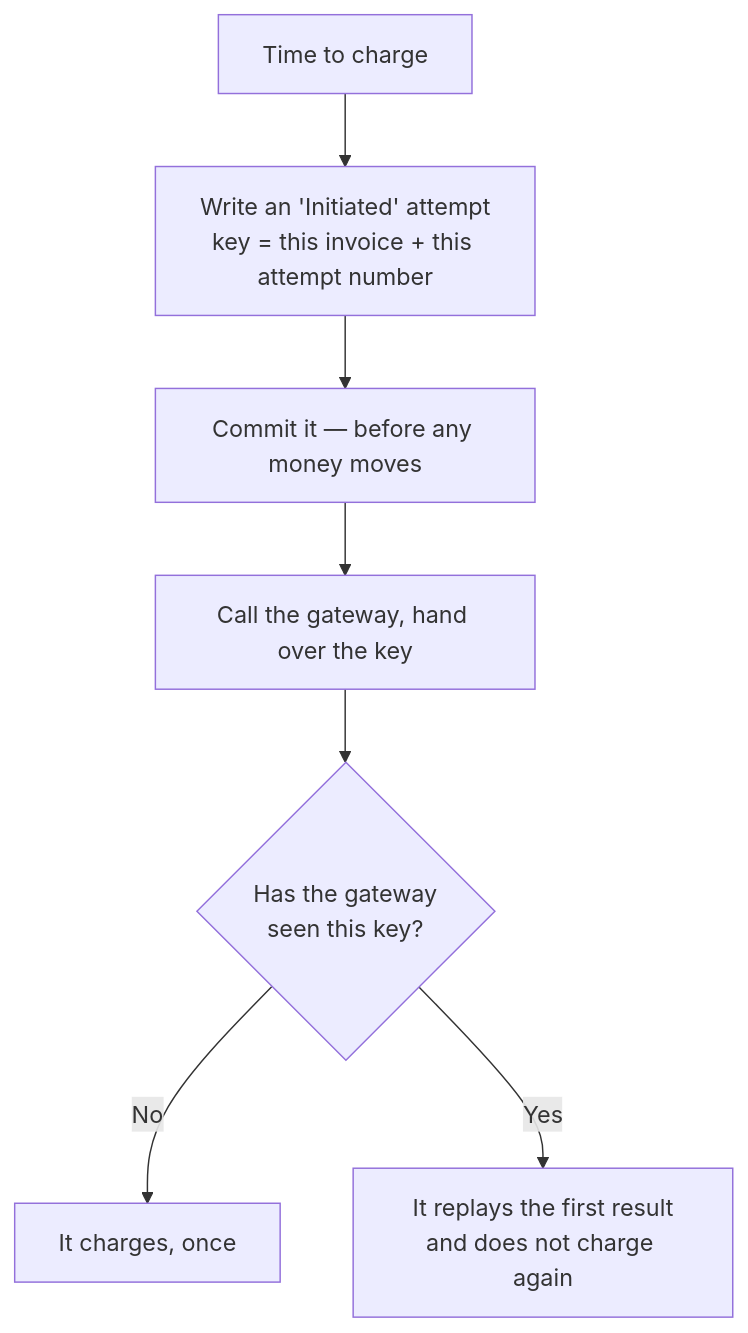
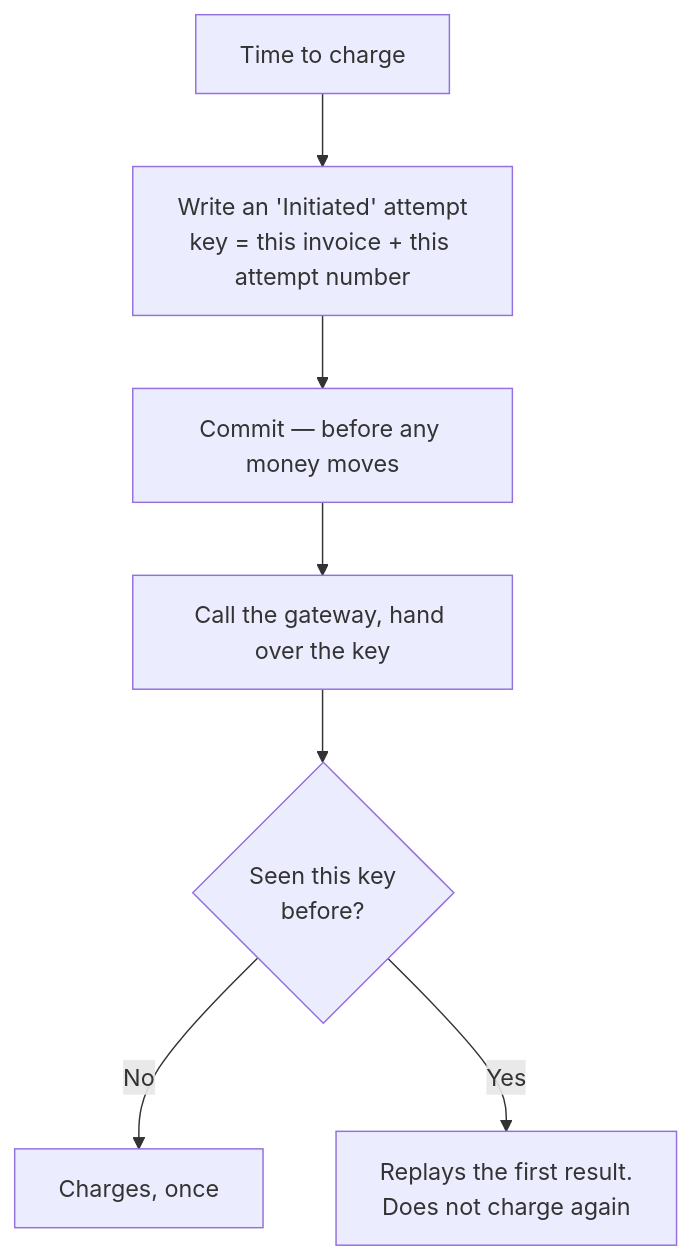
The fourth of 11 diagrams in billing-improvements-explained.md (saurabh6790/v2-billing-specs), drawn with Mermaid before and after one commit. The commit also changed other lines of this file, not shown here.

Commit message:
blog: tighter, more diagrams, our own voice

````diff
--- a/billing-improvements-explained.md
+++ b/billing-improvements-explained.md
@@ -99,9 +101,9 @@
 ```mermaid
 flowchart TD
     A["Time to charge"] --> B["Write an 'Initiated' attempt<br/>key = this invoice + this attempt number"]
-    B --> C["Commit it — before any money moves"]
+    B --> C["Commit — before any money moves"]
     C --> D["Call the gateway, hand over the key"]
-    D --> E{"Has the gateway<br/>seen this key?"}
-    E -->|"No"| F["It charges, once"]
-    E -->|"Yes"| G["It replays the first result<br/>and does not charge again"]
+    D --> E{"Seen this key<br/>before?"}
+    E -->|"No"| F["Charges, once"]
+    E -->|"Yes"| G["Replays the first result.<br/>Does not charge again"]
 ```
````
